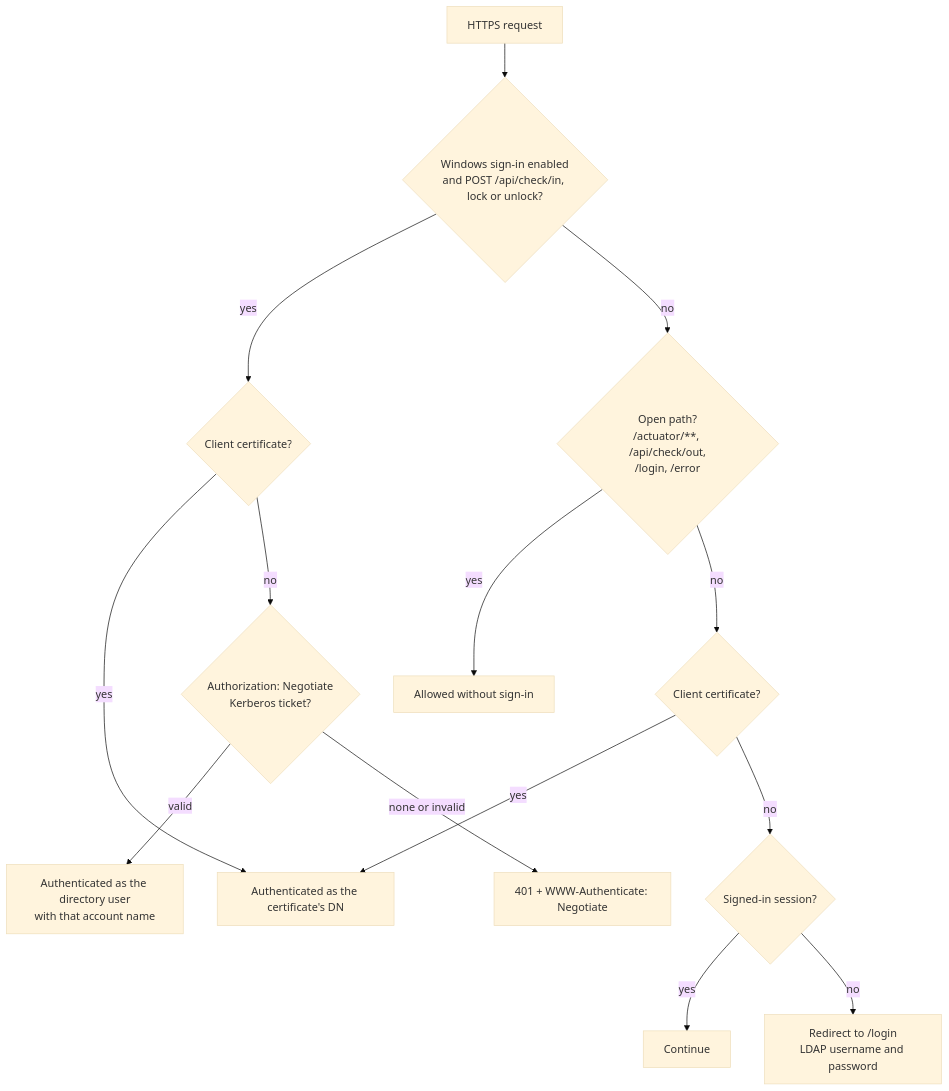
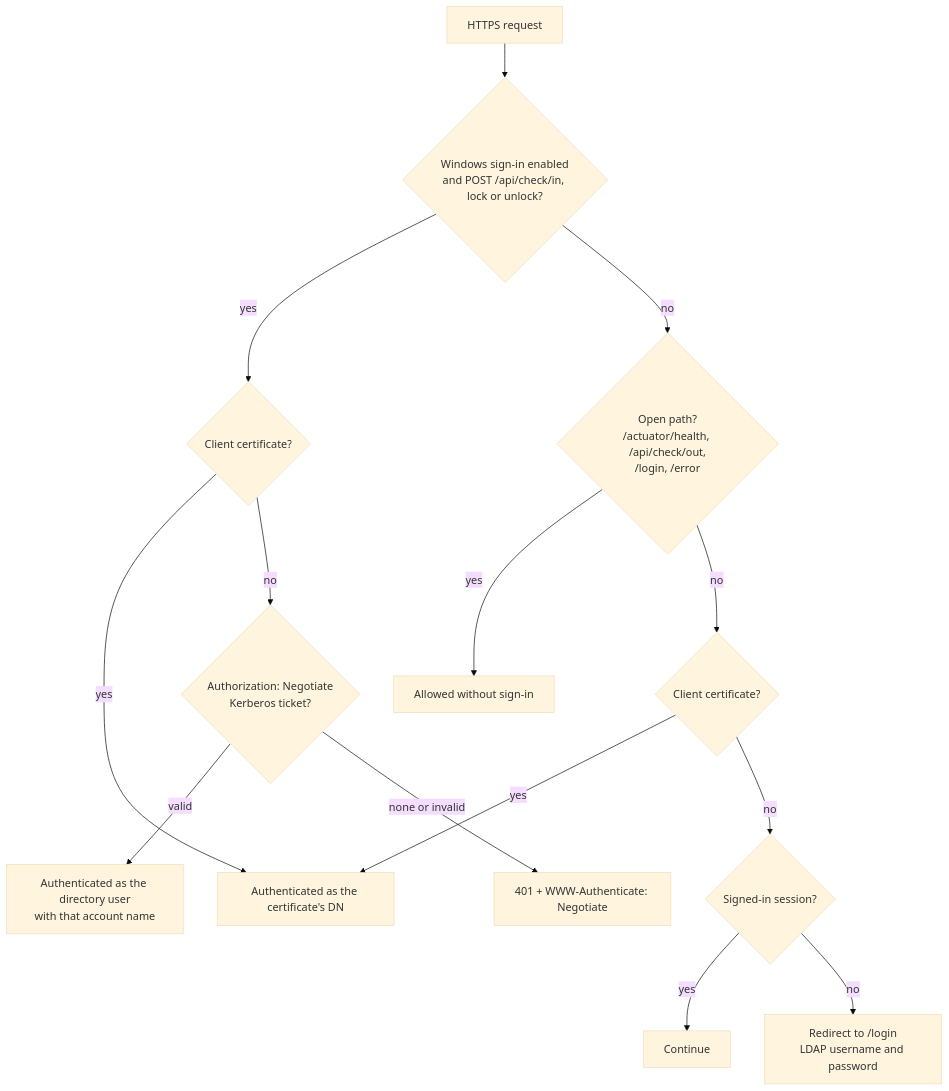
One commit to winllc/ens-apps-documentation changed the diagram in docs/readyroom/security.md. Above: the diagram before and after it, drawn with Mermaid (base theme). The commit also changed other lines of this file and 9 other files, not shown here.

````diff
--- a/docs/readyroom/security.md
+++ b/docs/readyroom/security.md
@@ -12,16 +12,16 @@
 ```mermaid
 flowchart TD
     R[HTTPS request] --> W{Windows sign-in enabled<br/>and POST /api/check/in, lock or unlock?}
     W -- yes --> X1{Client certificate?}
     X1 -- yes --> OK[Authenticated as the certificate's DN]
     X1 -- no --> K{Authorization: Negotiate<br/>Kerberos ticket?}
     K -- valid --> OK2[Authenticated as the directory user<br/>with that account name]
     K -- none or invalid --> N401[401 + WWW-Authenticate: Negotiate]
-    W -- no --> P{Open path?<br/>/actuator/**, /api/check/out,<br/>/login, /error}
+    W -- no --> P{Open path?<br/>/actuator/health, /api/check/out,<br/>/login, /error}
     P -- yes --> PASS[Allowed without sign-in]
     P -- no --> X2{Client certificate?}
     X2 -- yes --> OK
     X2 -- no --> S{Signed-in session?}
     S -- yes --> OK3[Continue]
     S -- no --> L[Redirect to /login<br/>LDAP username and password]
 ```
````
